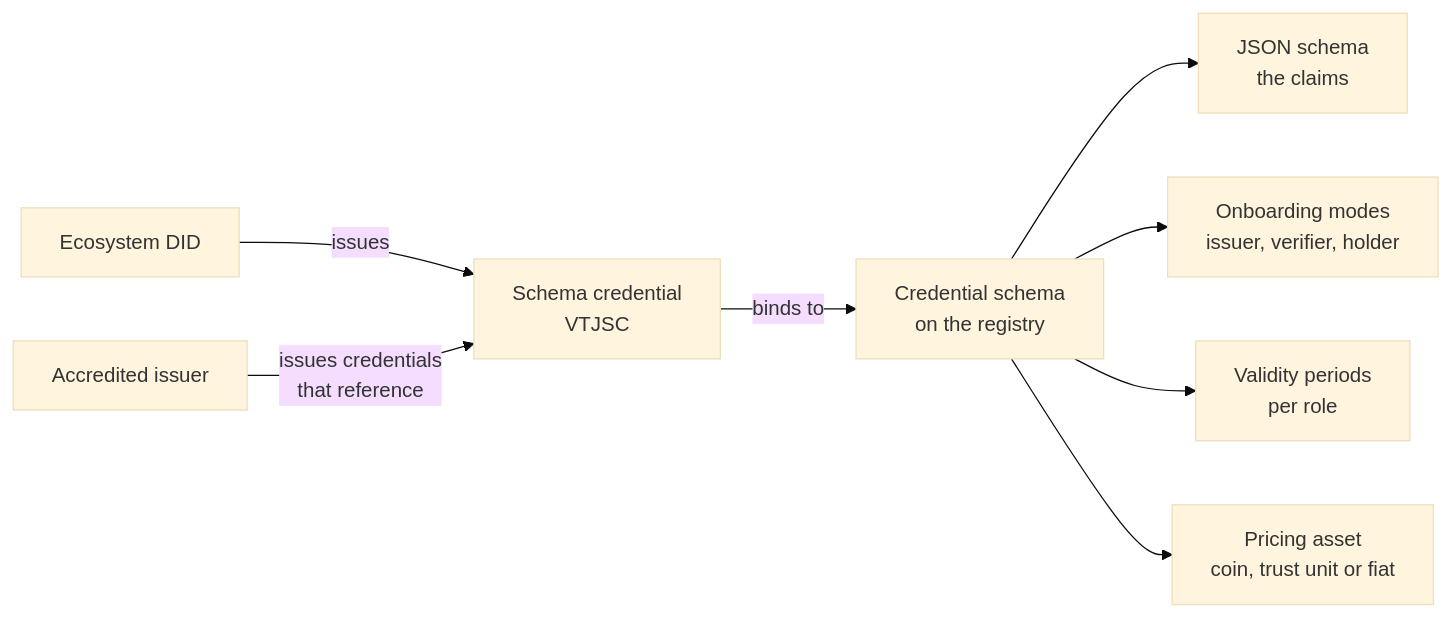
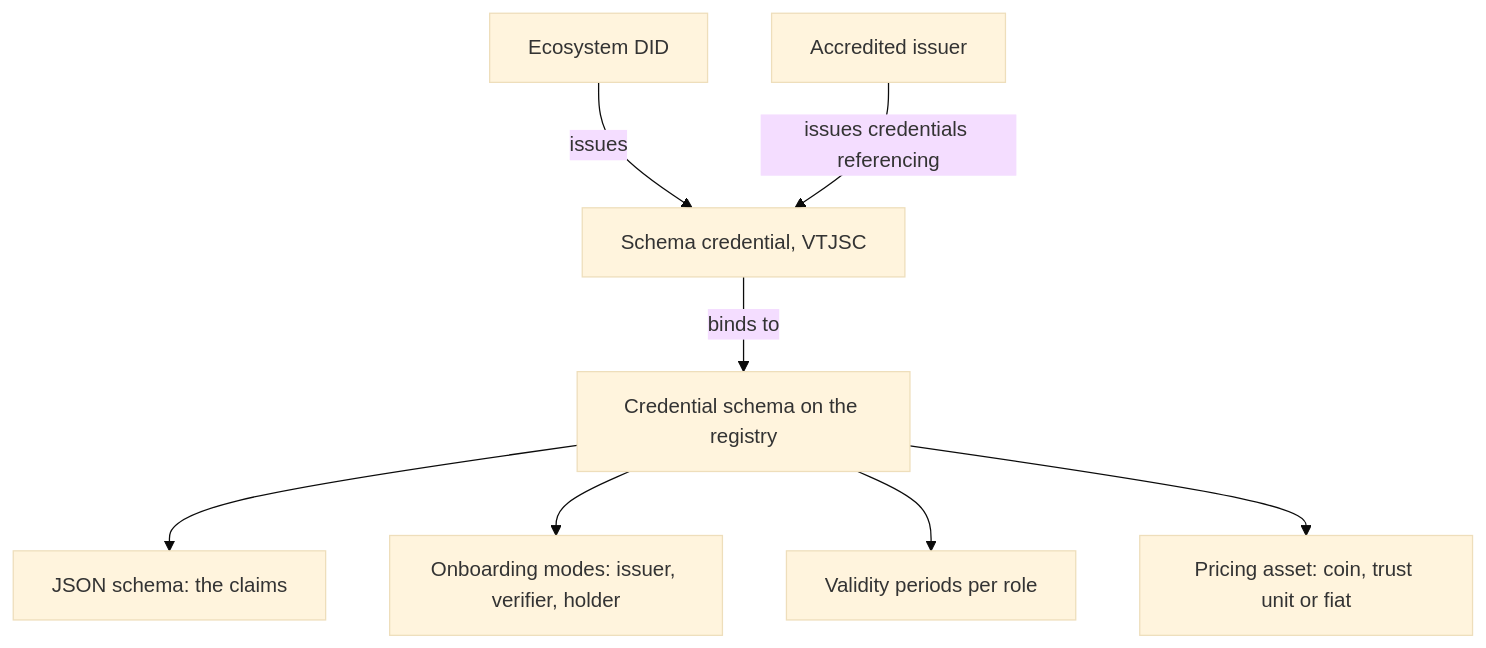
Before and after one commit to verana-labs/verana-docs: the diagram in docs/understand/ecosystems/credential-schemas.md, drawn with Mermaid (base theme). The commit also changed 4 other files, not shown here.

Commit message:
docs(understand): diagrams with single-line edge labels, no overlapping text

````diff
--- a/docs/understand/ecosystems/credential-schemas.md
+++ b/docs/understand/ecosystems/credential-schemas.md
@@ -11,10 +11,10 @@
 ```mermaid
-flowchart LR
-  S[Credential schema<br/>on the registry] --> J[JSON schema<br/>the claims]
-  S --> M[Onboarding modes<br/>issuer, verifier, holder]
-  S --> V[Validity periods<br/>per role]
-  S --> P[Pricing asset<br/>coin, trust unit or fiat]
-  E[Ecosystem DID] -->|issues| C[Schema credential<br/>VTJSC]
+flowchart TB
+  S[Credential schema on the registry] --> J[JSON schema: the claims]
+  S --> M[Onboarding modes: issuer, verifier, holder]
+  S --> V[Validity periods per role]
+  S --> P[Pricing asset: coin, trust unit or fiat]
+  E[Ecosystem DID] -->|issues| C[Schema credential, VTJSC]
   C -->|binds to| S
-  I[Accredited issuer] -->|issues credentials<br/>that reference| C
+  I[Accredited issuer] -->|issues credentials referencing| C
 ```
````
